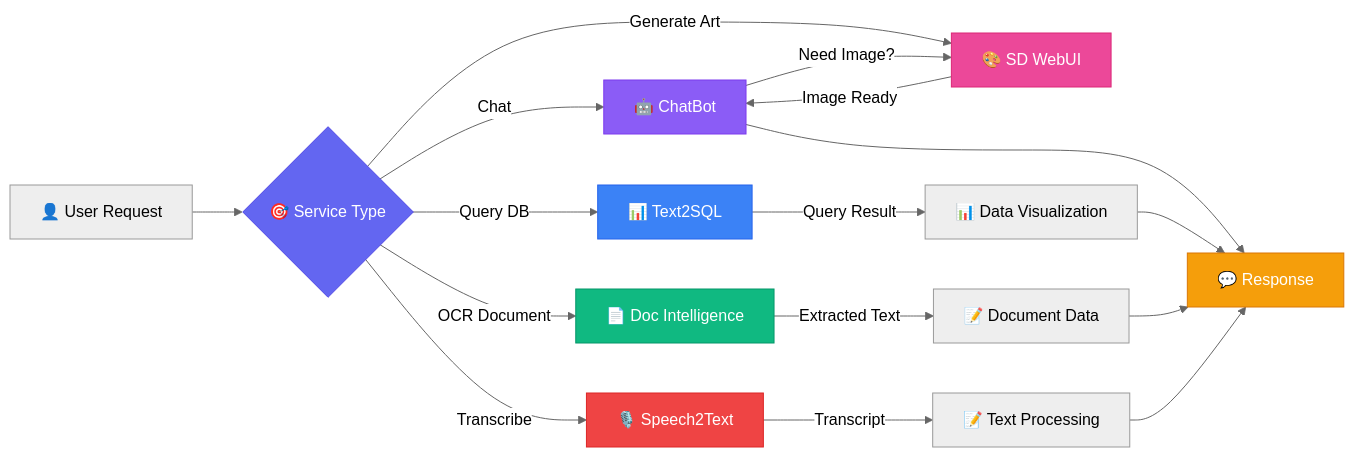
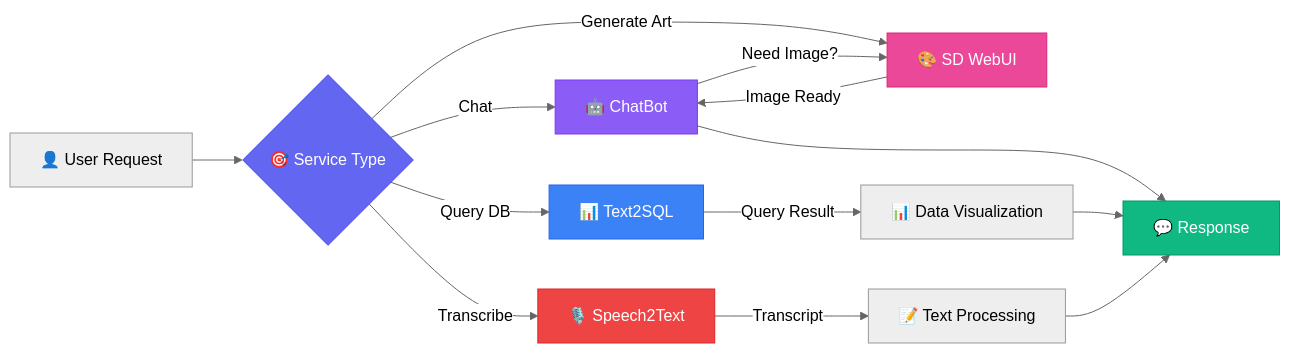
Before and after one commit to SkastVnT/AI-Assistant: the second of 18 diagrams in README.md, drawn with Mermaid (neutral theme). The commit also changed other lines of this file, not shown here.

````diff
--- a/README.md
+++ b/README.md
@@ -239,30 +218,26 @@
 ```mermaid
 graph LR
     A[👤 User Request] --> B{🎯 Service Type}
     
     B -->|Chat| C1[🤖 ChatBot]
     B -->|Query DB| C2[📊 Text2SQL]
-    B -->|OCR Document| C3[📄 Doc Intelligence]
-    B -->|Transcribe| C4[🎙️ Speech2Text]
-    B -->|Generate Art| C5[🎨 SD WebUI]
+    B -->|Transcribe| C3[🎙️ Speech2Text]
+    B -->|Generate Art| C4[🎨 SD WebUI]
     
-    C1 -->|Need Image?| C5
-    C5 -->|Image Ready| C1
+    C1 -->|Need Image?| C4
+    C4 -->|Image Ready| C1
     
     C2 -->|Query Result| E[📊 Data Visualization]
-    C3 -->|Extracted Text| F[📝 Document Data]
-    C4 -->|Transcript| G[📝 Text Processing]
+    C3 -->|Transcript| F[📝 Text Processing]
     
-    C1 --> H[💬 Response]
-    E --> H
-    F --> H
-    G --> H
+    C1 --> G[💬 Response]
+    E --> G
+    F --> G
     
     style B fill:#6366F1,stroke:#4F46E5,color:#fff
     style C1 fill:#8B5CF6,stroke:#7C3AED,color:#fff
     style C2 fill:#3B82F6,stroke:#2563EB,color:#fff
-    style C3 fill:#10B981,stroke:#059669,color:#fff
-    style C4 fill:#EF4444,stroke:#DC2626,color:#fff
-    style C5 fill:#EC4899,stroke:#DB2777,color:#fff
-    style H fill:#F59E0B,stroke:#D97706,color:#fff
+    style C3 fill:#EF4444,stroke:#DC2626,color:#fff
+    style C4 fill:#EC4899,stroke:#DB2777,color:#fff
+    style G fill:#10B981,stroke:#059669,color:#fff
 ```
````
